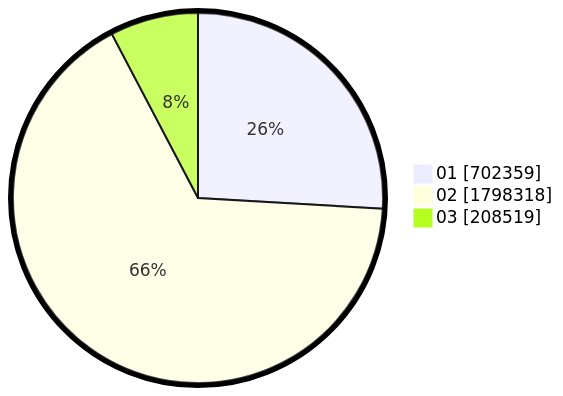
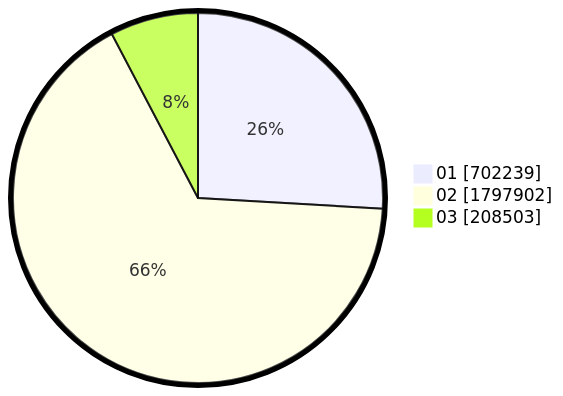
One commit to gigit-pemilu/pemilu-2024 changed the second of 2 diagrams in pilpres/hitung-suara/sub/table-wilayah-52.md. Above: the diagram before and after it, drawn with Mermaid. The commit also changed other lines of this file and 9 other files, not shown here.

````diff
--- a/pilpres/hitung-suara/sub/table-wilayah-52.md
+++ b/pilpres/hitung-suara/sub/table-wilayah-52.md
@@ -15,7 +15,7 @@
 ```mermaid
 %%{init: {"pie": {"textPosition": 0.5}, "themeVariables": {"pieOuterStrokeWidth": "5px"}} }%%
 pie showData
-    "01" : 702359
-    "02" : 1798318
-    "03" : 208519
+    "01" : 702239
+    "02" : 1797902
+    "03" : 208503
 ```
````
